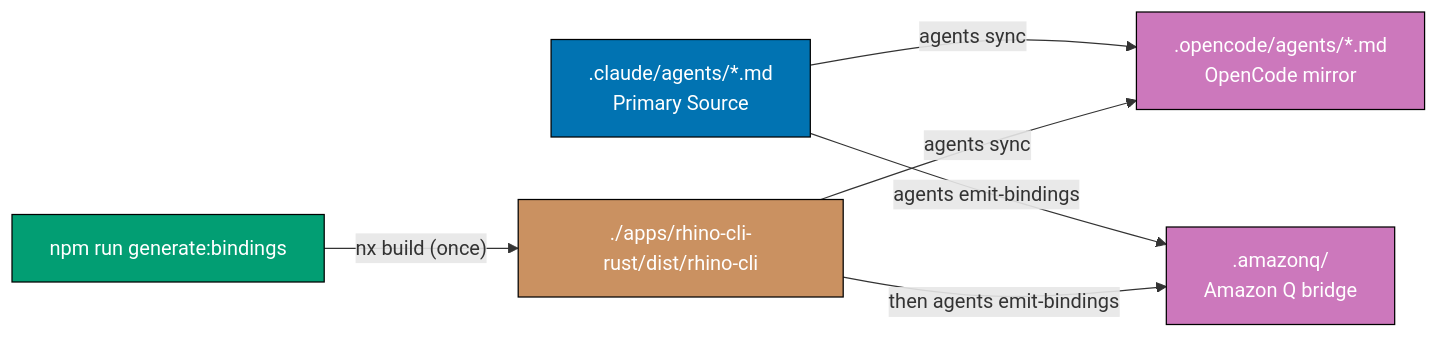
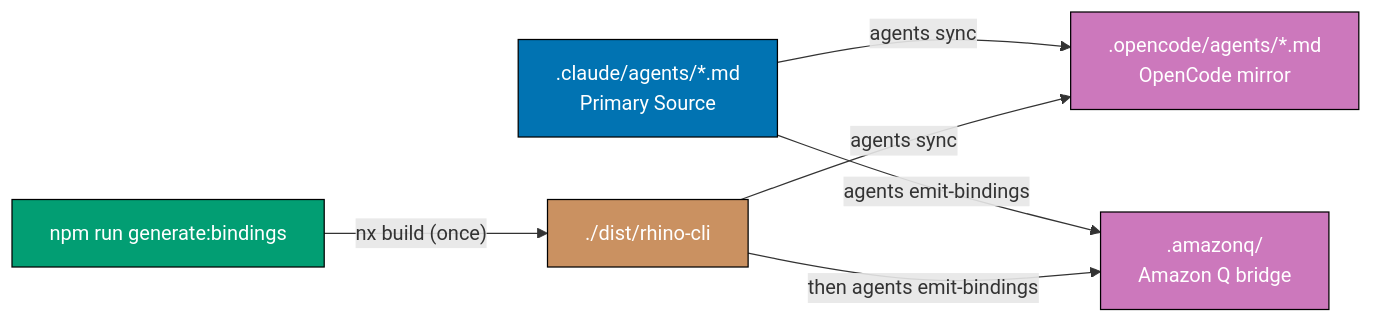
The diagram in plans/done/2026-05-25__harness-vendor-neutrality-blueprint/tech-docs.md (wahidyankf/ose-primer), drawn with Mermaid before and after one commit. The commit also changed 5 other files, not shown here.

First line of the commit message:
docs: fix over-wide and over-long mermaid state diagrams

````diff
--- a/plans/done/2026-05-25__harness-vendor-neutrality-blueprint/tech-docs.md
+++ b/plans/done/2026-05-25__harness-vendor-neutrality-blueprint/tech-docs.md
@@ -9,14 +9,14 @@
 ```mermaid
 flowchart LR
     A[".claude/agents/*.md\nPrimary Source"] -->|agents sync| B[".opencode/agents/*.md\nOpenCode mirror"]
     A -->|agents emit-bindings| C[".amazonq/\nAmazon Q bridge"]
-    D["npm run generate:bindings"] -->|"nx build (once)"| E["./apps/rhino-cli-rust/dist/rhino-cli"]
+    D["npm run generate:bindings"] -->|"nx build (once)"| E["./dist/rhino-cli"]
     E -->|agents sync| B
     E -->|then agents emit-bindings| C
 
     style A fill:#0173B2,stroke:#000000,color:#FFFFFF
     style D fill:#029E73,stroke:#000000,color:#FFFFFF
     style B fill:#CC78BC,stroke:#000000,color:#FFFFFF
     style C fill:#CC78BC,stroke:#000000,color:#FFFFFF
     style E fill:#CA9161,stroke:#000000,color:#FFFFFF
 ```
````
